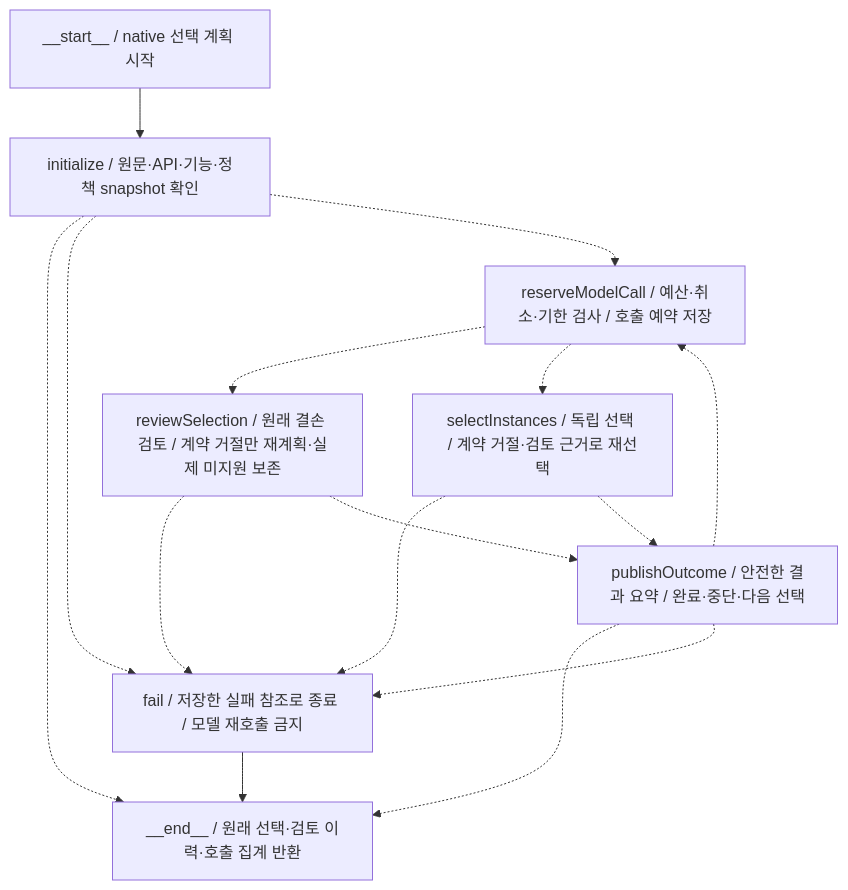
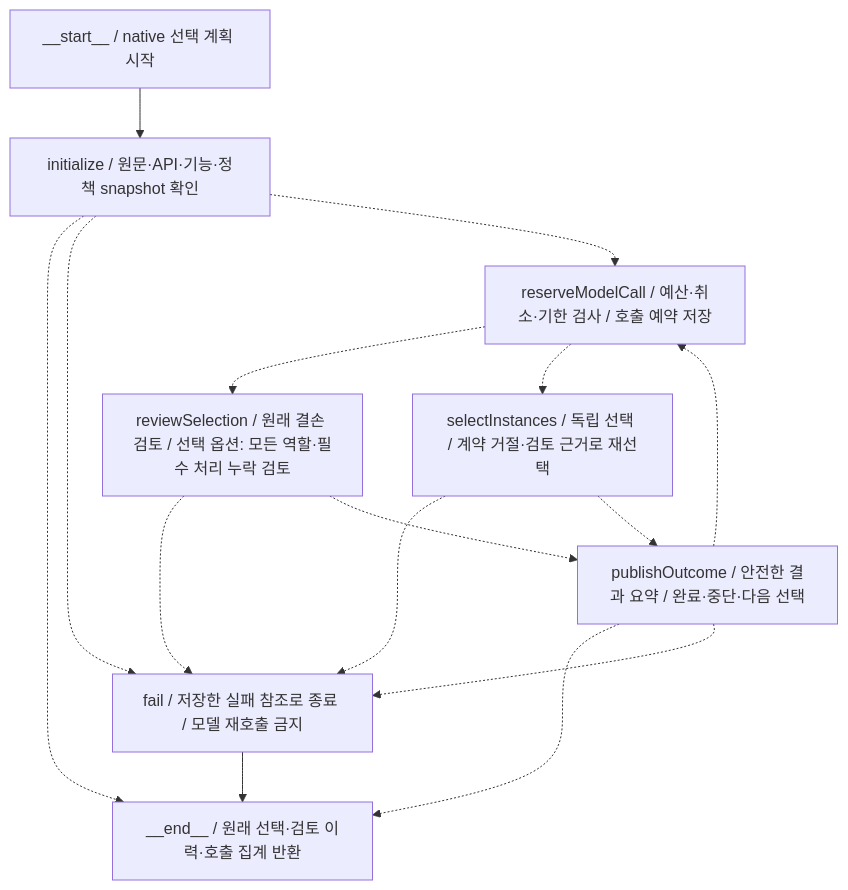
One commit to carefreelife98/openapi-flow changed the fifth of 5 diagrams in docs/current-conversation-graph.md. Above: the diagram before and after it, drawn with Mermaid. The commit also changed other lines of this file and 19 other files, not shown here.

Commit message:
feat: review native role scope and required-processing coverage

````diff
--- a/docs/current-conversation-graph.md
+++ b/docs/current-conversation-graph.md
@@ -393,25 +395,25 @@
 ```mermaid
 flowchart TD
   nativeSelection0["__end__ / 원래 선택·검토 이력·호출 집계 반환"]
   nativeSelection1["__start__ / native 선택 계획 시작"]
   nativeSelection2["fail / 저장한 실패 참조로 종료 / 모델 재호출 금지"]
   nativeSelection3["initialize / 원문·API·기능·정책 snapshot 확인"]
   nativeSelection4["publishOutcome / 안전한 결과 요약 / 완료·중단·다음 선택"]
   nativeSelection5["reserveModelCall / 예산·취소·기한 검사 / 호출 예약 저장"]
-  nativeSelection6["reviewSelection / 원래 결손 검토 / 계약 거절만 재계획·실제 미지원 보존"]
+  nativeSelection6["reviewSelection / 원래 결손 검토 / 선택 옵션: 모든 역할·필수 처리 누락 검토"]
   nativeSelection7["selectInstances / 독립 선택 / 계약 거절·검토 근거로 재선택"]
   nativeSelection1 --> nativeSelection3
   nativeSelection2 --> nativeSelection0
   nativeSelection3 -.-> nativeSelection0
   nativeSelection3 -.-> nativeSelection2
   nativeSelection3 -.-> nativeSelection5
   nativeSelection4 -.-> nativeSelection0
   nativeSelection4 -.-> nativeSelection2
   nativeSelection4 -.-> nativeSelection5
   nativeSelection5 -.-> nativeSelection6
   nativeSelection5 -.-> nativeSelection7
   nativeSelection6 -.-> nativeSelection2
   nativeSelection6 -.-> nativeSelection4
   nativeSelection7 -.-> nativeSelection2
   nativeSelection7 -.-> nativeSelection4
 ```
````
